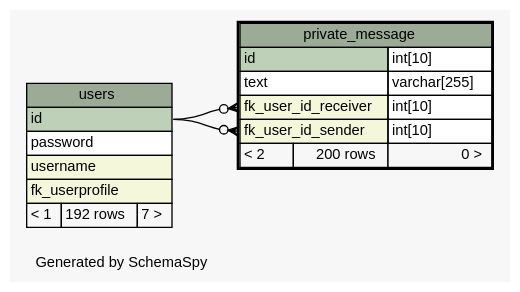
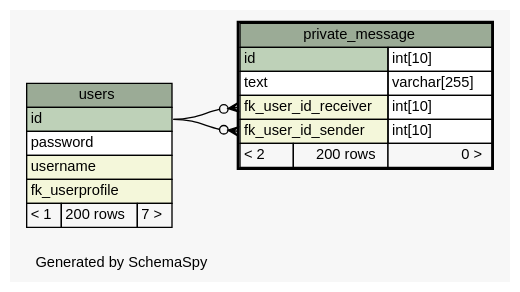
One commit to chr-krenn/chr-krenn-fhj-ws2017-sd17-pse changed the diagram in doc/db_schema/diagrams/private_message.1degree.dot. Above: the diagram before and after it, drawn with Graphviz. The commit also changed 65 other files, not shown here.

```diff
--- a/doc/db_schema/diagrams/private_message.1degree.dot
+++ b/doc/db_schema/diagrams/private_message.1degree.dot
@@ -1,50 +1,50 @@
 // dot 2.40.1 on Linux 4.12.5-300.fc26.x86_64
 // SchemaSpy rev 590
 digraph "oneDegreeRelationshipsDiagram" {
   graph [
     rankdir="RL"
     bgcolor="#f7f7f7"
     label="\nGenerated by SchemaSpy"
     labeljust="l"
     nodesep="0.18"
     ranksep="0.46"
     fontname="Helvetica"
     fontsize="11"
   ];
   node [
     fontname="Helvetica"
     fontsize="11"
     shape="plaintext"
   ];
   edge [
     arrowsize="0.8"
   ];
   "private_message":"fk_user_id_receiver":w -> "users":"id":e [arrowhead=none dir=back arrowtail=crowodot];
   "private_message":"fk_user_id_sender":w -> "users":"id":e [arrowhead=none dir=back arrowtail=crowodot];
   "private_message" [
     label=<
     <TABLE BORDER="2" CELLBORDER="1" CELLSPACING="0" BGCOLOR="#ffffff">
       <TR><TD COLSPAN="3" BGCOLOR="#9bab96" ALIGN="CENTER">private_message</TD></TR>
       <TR><TD PORT="id" COLSPAN="2" BGCOLOR="#bed1b8" ALIGN="LEFT">id</TD><TD PORT="id.type" ALIGN="LEFT">int[10]</TD></TR>
       <TR><TD PORT="text" COLSPAN="2" ALIGN="LEFT">text</TD><TD PORT="text.type" ALIGN="LEFT">varchar[255]</TD></TR>
       <TR><TD PORT="fk_user_id_receiver" COLSPAN="2" BGCOLOR="#f4f7da" ALIGN="LEFT">fk_user_id_receiver</TD><TD PORT="fk_user_id_receiver.type" ALIGN="LEFT">int[10]</TD></TR>
       <TR><TD PORT="fk_user_id_sender" COLSPAN="2" BGCOLOR="#f4f7da" ALIGN="LEFT">fk_user_id_sender</TD><TD PORT="fk_user_id_sender.type" ALIGN="LEFT">int[10]</TD></TR>
       <TR><TD ALIGN="LEFT" BGCOLOR="#f7f7f7">&lt; 2</TD><TD ALIGN="RIGHT" BGCOLOR="#f7f7f7">200 rows</TD><TD ALIGN="RIGHT" BGCOLOR="#f7f7f7">0 &gt;</TD></TR>
     </TABLE>>
     URL="private_message.html"
     tooltip="private_message"
   ];
   "users" [
     label=<
     <TABLE BORDER="0" CELLBORDER="1" CELLSPACING="0" BGCOLOR="#ffffff">
       <TR><TD COLSPAN="3" BGCOLOR="#9bab96" ALIGN="CENTER">users</TD></TR>
       <TR><TD PORT="id" COLSPAN="3" BGCOLOR="#bed1b8" ALIGN="LEFT">id</TD></TR>
       <TR><TD PORT="password" COLSPAN="3" ALIGN="LEFT">password</TD></TR>
       <TR><TD PORT="username" COLSPAN="3" BGCOLOR="#f4f7da" ALIGN="LEFT">username</TD></TR>
       <TR><TD PORT="fk_userprofile" COLSPAN="3" BGCOLOR="#f4f7da" ALIGN="LEFT">fk_userprofile</TD></TR>
-      <TR><TD ALIGN="LEFT" BGCOLOR="#f7f7f7">&lt; 1</TD><TD ALIGN="RIGHT" BGCOLOR="#f7f7f7">192 rows</TD><TD ALIGN="RIGHT" BGCOLOR="#f7f7f7">7 &gt;</TD></TR>
+      <TR><TD ALIGN="LEFT" BGCOLOR="#f7f7f7">&lt; 1</TD><TD ALIGN="RIGHT" BGCOLOR="#f7f7f7">200 rows</TD><TD ALIGN="RIGHT" BGCOLOR="#f7f7f7">7 &gt;</TD></TR>
     </TABLE>>
     URL="users.html"
     tooltip="users"
   ];
 }
```
